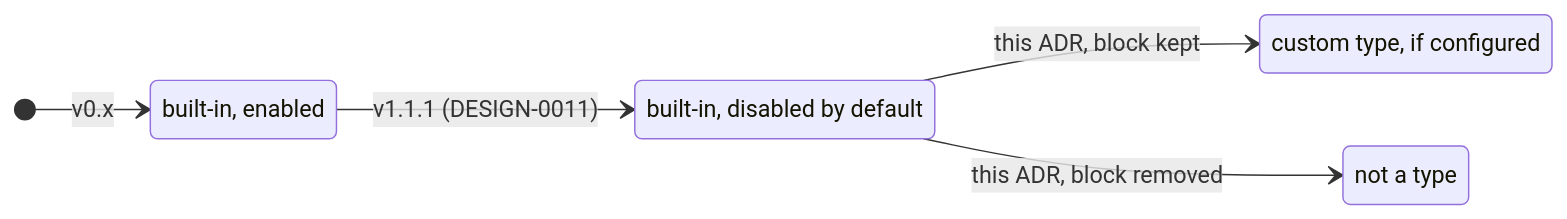
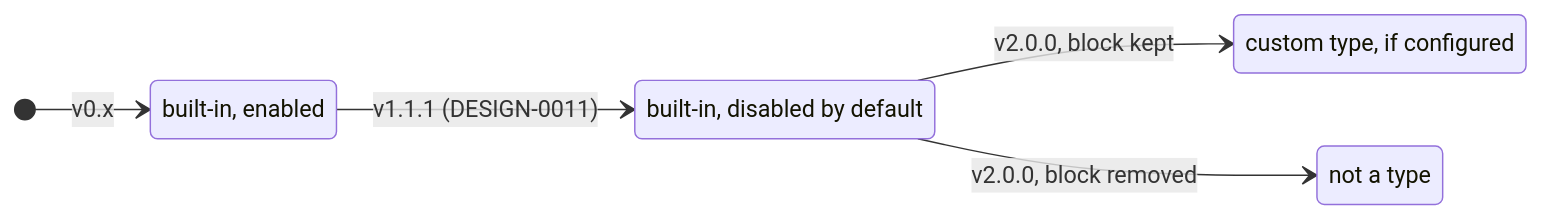
One commit to donaldgifford/docz changed the second of 2 diagrams in docs/adr/0003-remove-plan-from-the-built-in-document-types.md. Above: the diagram before and after it, drawn with Mermaid. The commit also changed other lines of this file and 3 other files, not shown here.

````diff
--- a/docs/adr/0003-remove-plan-from-the-built-in-document-types.md
+++ b/docs/adr/0003-remove-plan-from-the-built-in-document-types.md
@@ -122,12 +124,12 @@
 ```mermaid
 stateDiagram-v2
   direction LR
   BuiltInOn: built-in, enabled
   BuiltInOff: built-in, disabled by default
   Custom: custom type, if configured
   Gone: not a type
   [*] --> BuiltInOn: v0.x
   BuiltInOn --> BuiltInOff: v1.1.1 (DESIGN-0011)
-  BuiltInOff --> Custom: this ADR, block kept
-  BuiltInOff --> Gone: this ADR, block removed
+  BuiltInOff --> Custom: v2.0.0, block kept
+  BuiltInOff --> Gone: v2.0.0, block removed
 ```
````
